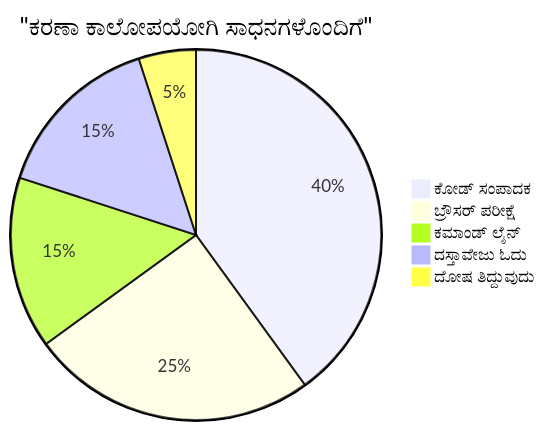
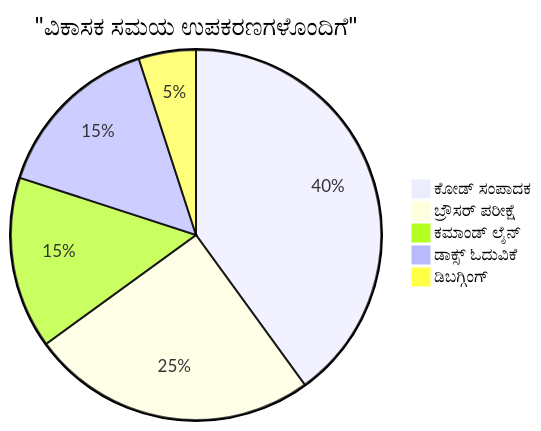
The sixth of 7 diagrams in translations/kn/1-getting-started-lessons/1-intro-to-programming-languages/README.md (microsoft/Web-Dev-For-Beginners), drawn with Mermaid before and after one commit. The commit also changed other lines of this file and 8 other files, not shown here.

````diff
--- a/translations/kn/1-getting-started-lessons/1-intro-to-programming-languages/README.md
+++ b/translations/kn/1-getting-started-lessons/1-intro-to-programming-languages/README.md
@@ -711,8 +709,8 @@
 ```mermaid
-pie title "ಕರಣಾ ಕಾಲೋಪಯೋಗಿ ಸಾಧನಗಳೊಂದಿಗೆ"
+pie title "ವಿಕಾಸಕ ಸಮಯ ಉಪಕರಣಗಳೊಂದಿಗೆ"
     "ಕೋಡ್ ಸಂಪಾದಕ" : 40
     "ಬ್ರೌಸರ್ ಪರೀಕ್ಷೆ" : 25
     "ಕಮಾಂಡ್ ಲೈನ್" : 15
-    "ದಸ್ತಾವೇಜು ಓದು" : 15
-    "ದೋಷ ತಿದ್ದುವುದು" : 5
+    "ಡಾಕ್ಸ್ ಓದುವಿಕೆ" : 15
+    "ಡಿಬಗ್ಗಿಂಗ್" : 5
 ```
````
